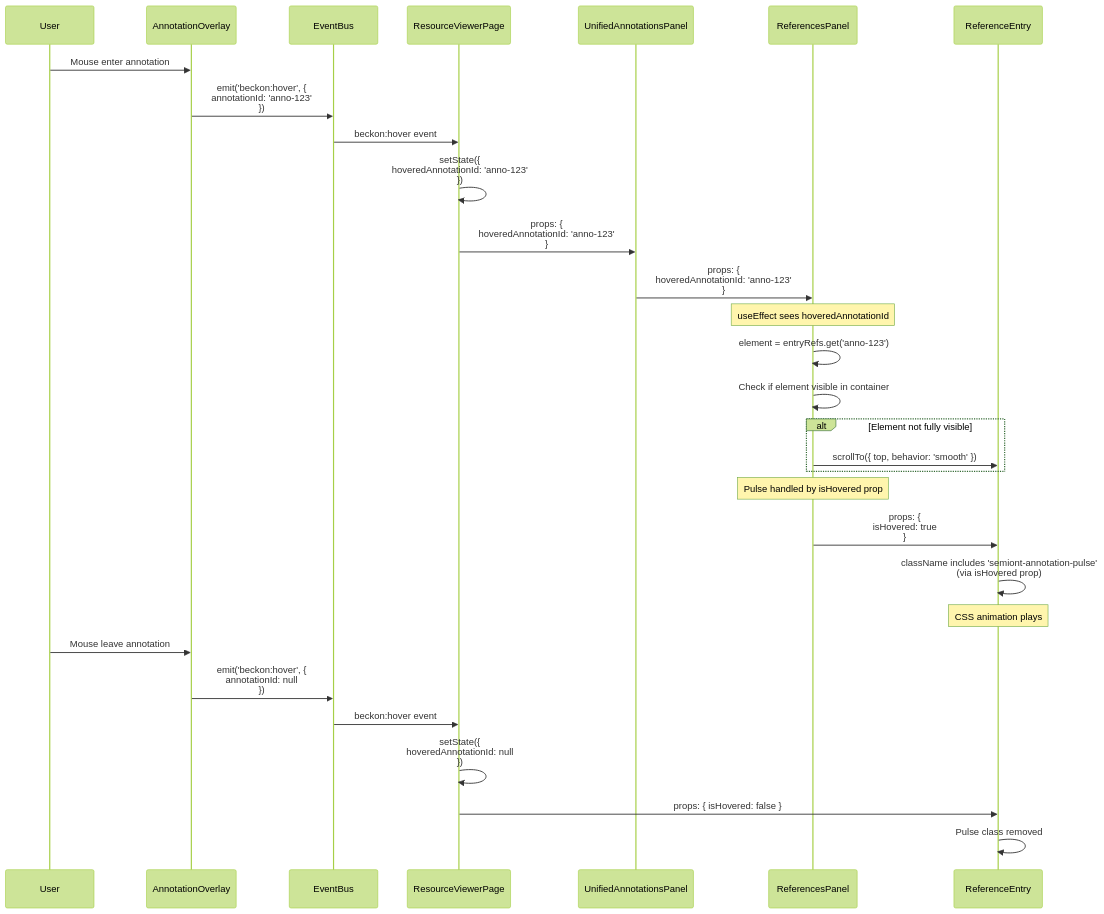
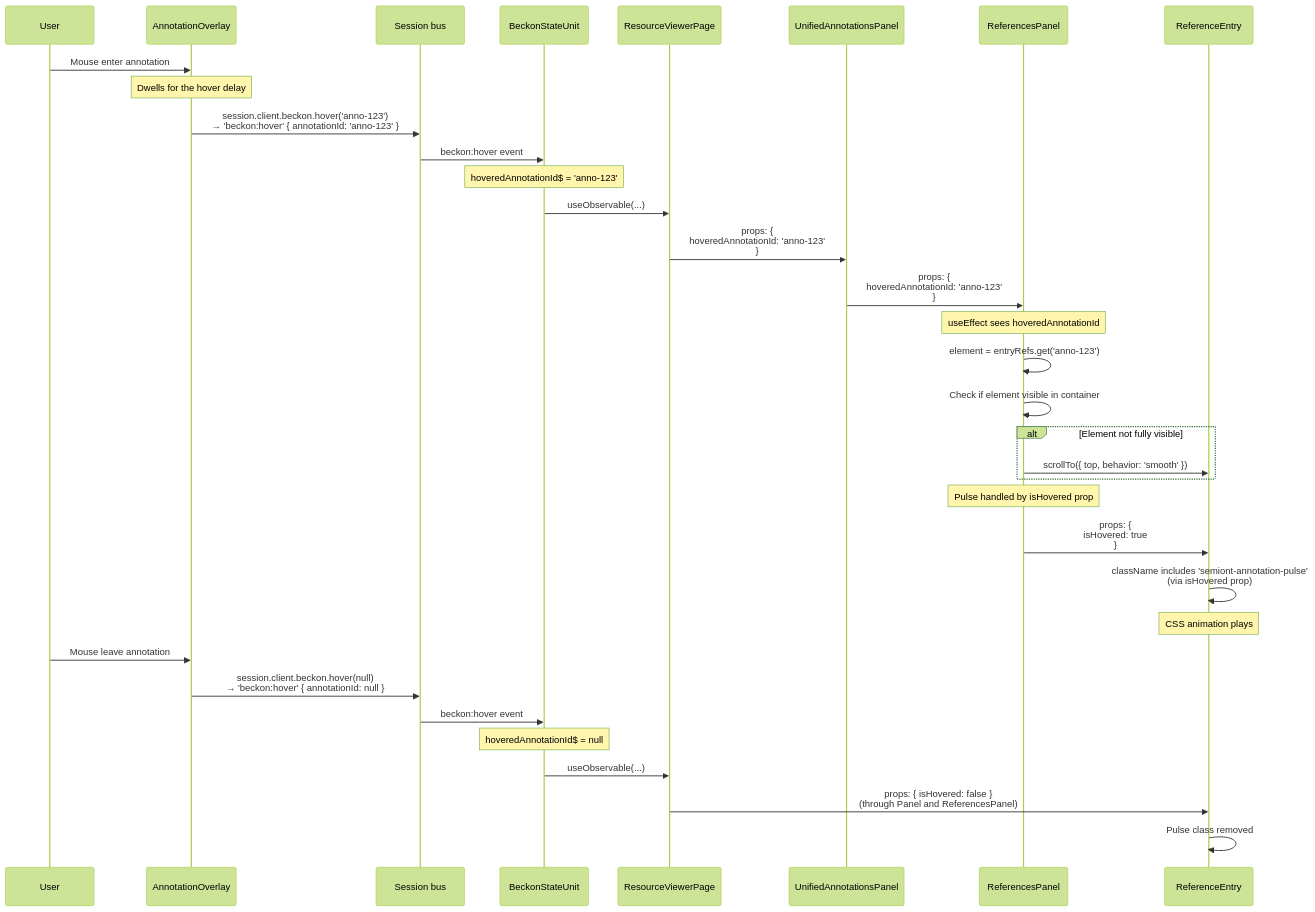
Before and after one commit to The-AI-Alliance/semiont: the second of 3 diagrams in packages/react-ui/docs/ANNOTATION-CLICK.md, drawn with Mermaid (forest theme). The commit also changed other lines of this file and 232 other files, not shown here.

````diff
--- a/packages/react-ui/docs/ANNOTATION-CLICK.md
+++ b/packages/react-ui/docs/ANNOTATION-CLICK.md
@@ -187,44 +186,48 @@
 ```mermaid
 sequenceDiagram
     participant User
     participant Overlay as AnnotationOverlay
-    participant Bus as EventBus
+    participant Bus as Session bus
+    participant Beckon as BeckonStateUnit
     participant Page as ResourceViewerPage
     participant Panel as UnifiedAnnotationsPanel
     participant Specific as ReferencesPanel
     participant Entry as ReferenceEntry
 
     User->>Overlay: Mouse enter annotation
-    Overlay->>Bus: emit('beckon:hover', {<br/>  annotationId: 'anno-123'<br/>})
-    Bus->>Page: beckon:hover event
+    Note over Overlay: Dwells for the hover delay
+    Overlay->>Bus: session.client.beckon.hover('anno-123')<br/>→ 'beckon:hover' { annotationId: 'anno-123' }
+    Bus->>Beckon: beckon:hover event
 
-    Page->>Page: setState({<br/>  hoveredAnnotationId: 'anno-123'<br/>})
+    Note over Beckon: hoveredAnnotationId$ = 'anno-123'
 
+    Beckon->>Page: useObservable(...)
     Page->>Panel: props: {<br/>  hoveredAnnotationId: 'anno-123'<br/>}
     Panel->>Specific: props: {<br/>  hoveredAnnotationId: 'anno-123'<br/>}
 
     Note over Specific: useEffect sees hoveredAnnotationId
 
     Specific->>Specific: element = entryRefs.get('anno-123')
     Specific->>Specific: Check if element visible in container
 
     alt Element not fully visible
         Specific->>Entry: scrollTo({ top, behavior: 'smooth' })
     end
 
     Note over Specific: Pulse handled by isHovered prop
 
     Specific->>Entry: props: {<br/>  isHovered: true<br/>}
     Entry->>Entry: className includes 'semiont-annotation-pulse'<br/>(via isHovered prop)
 
     Note over Entry: CSS animation plays
 
     User->>Overlay: Mouse leave annotation
-    Overlay->>Bus: emit('beckon:hover', {<br/>  annotationId: null<br/>})
-    Bus->>Page: beckon:hover event
+    Overlay->>Bus: session.client.beckon.hover(null)<br/>→ 'beckon:hover' { annotationId: null }
+    Bus->>Beckon: beckon:hover event
 
-    Page->>Page: setState({<br/>  hoveredAnnotationId: null<br/>})
+    Note over Beckon: hoveredAnnotationId$ = null
 
-    Page->>Entry: props: { isHovered: false }
+    Beckon->>Page: useObservable(...)
+    Page->>Entry: props: { isHovered: false }<br/>(through Panel and ReferencesPanel)
     Entry->>Entry: Pulse class removed
 ```
````
